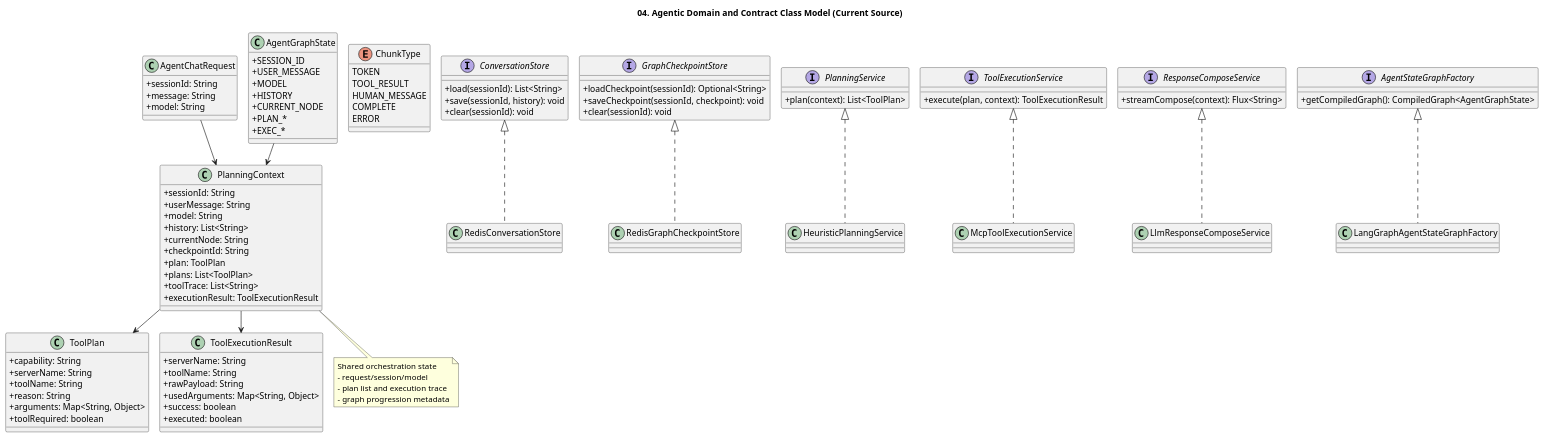
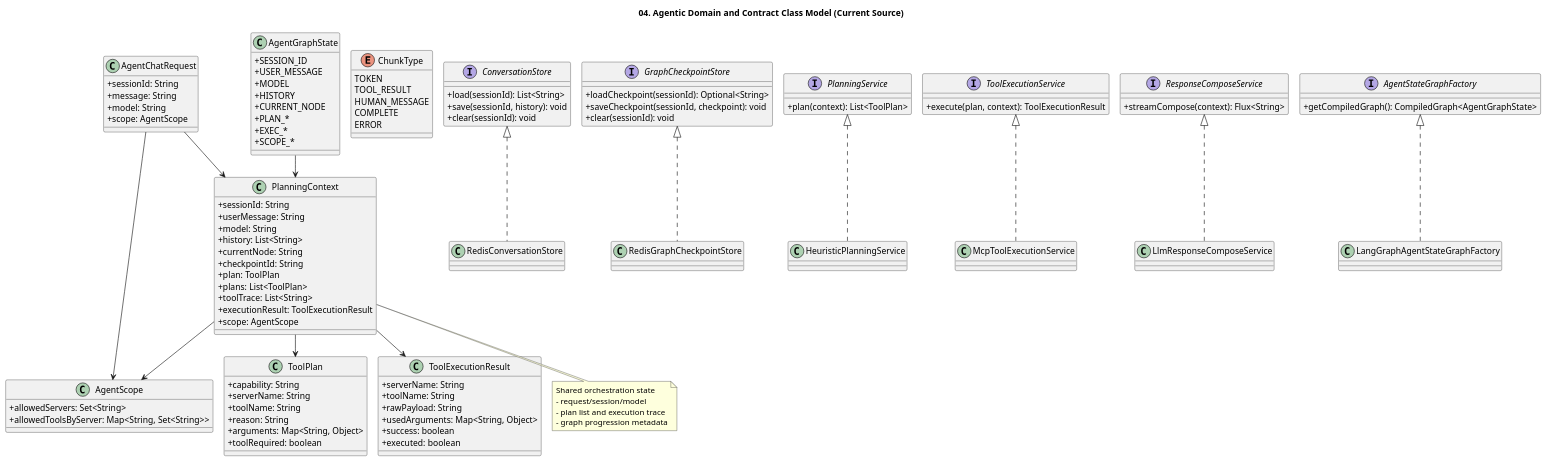
Before and after one commit to kim57uak/spring-ai: the diagram in documents/mcp-orchestrator-architecture/04-domain-class-model.puml, drawn with PlantUML. The commit also changed 63 other files, not shown here.

```diff
--- a/documents/mcp-orchestrator-architecture/04-domain-class-model.puml
+++ b/documents/mcp-orchestrator-architecture/04-domain-class-model.puml
@@ -1,117 +1,127 @@
 @startuml
 !pragma layout smetana
 title 04. Agentic Domain and Contract Class Model (Current Source)
 
 skinparam shadowing false
 skinparam classAttributeIconSize 0
 
 class AgentChatRequest {
   +sessionId: String
   +message: String
   +model: String
+  +scope: AgentScope
+}
+
+class AgentScope {
+  +allowedServers: Set<String>
+  +allowedToolsByServer: Map<String, Set<String>>
 }
 
 class PlanningContext {
   +sessionId: String
   +userMessage: String
   +model: String
   +history: List<String>
   +currentNode: String
   +checkpointId: String
   +plan: ToolPlan
   +plans: List<ToolPlan>
   +toolTrace: List<String>
   +executionResult: ToolExecutionResult
+  +scope: AgentScope
 }
 
 class AgentGraphState {
   +SESSION_ID
   +USER_MESSAGE
   +MODEL
   +HISTORY
   +CURRENT_NODE
   +PLAN_*
   +EXEC_*
+  +SCOPE_*
 }
 
 enum ChunkType {
   TOKEN
   TOOL_RESULT
   HUMAN_MESSAGE
   COMPLETE
   ERROR
 }
 
 class ToolPlan {
   +capability: String
   +serverName: String
   +toolName: String
   +reason: String
   +arguments: Map<String, Object>
   +toolRequired: boolean
 }
 
 class ToolExecutionResult {
   +serverName: String
   +toolName: String
   +rawPayload: String
   +usedArguments: Map<String, Object>
   +success: boolean
   +executed: boolean
 }
 
 interface ConversationStore {
   +load(sessionId): List<String>
   +save(sessionId, history): void
   +clear(sessionId): void
 }
 
 interface GraphCheckpointStore {
   +loadCheckpoint(sessionId): Optional<String>
   +saveCheckpoint(sessionId, checkpoint): void
   +clear(sessionId): void
 }
 
 interface PlanningService {
   +plan(context): List<ToolPlan>
 }
 
 interface ToolExecutionService {
   +execute(plan, context): ToolExecutionResult
 }
 
 interface ResponseComposeService {
   +streamCompose(context): Flux<String>
 }
 
 interface AgentStateGraphFactory {
   +getCompiledGraph(): CompiledGraph<AgentGraphState>
 }
 
 class RedisConversationStore
 class RedisGraphCheckpointStore
 class HeuristicPlanningService
 class McpToolExecutionService
 class LlmResponseComposeService
 class LangGraphAgentStateGraphFactory
 
 ConversationStore <|.. RedisConversationStore
 GraphCheckpointStore <|.. RedisGraphCheckpointStore
 PlanningService <|.. HeuristicPlanningService
 ToolExecutionService <|.. McpToolExecutionService
 ResponseComposeService <|.. LlmResponseComposeService
 AgentStateGraphFactory <|.. LangGraphAgentStateGraphFactory
 
 AgentChatRequest --> PlanningContext
+AgentChatRequest --> AgentScope
 PlanningContext --> ToolPlan
 PlanningContext --> ToolExecutionResult
+PlanningContext --> AgentScope
 AgentGraphState --> PlanningContext
 
 note bottom of PlanningContext
 Shared orchestration state
 - request/session/model
 - plan list and execution trace
 - graph progression metadata
 end note
 
 @enduml
```
